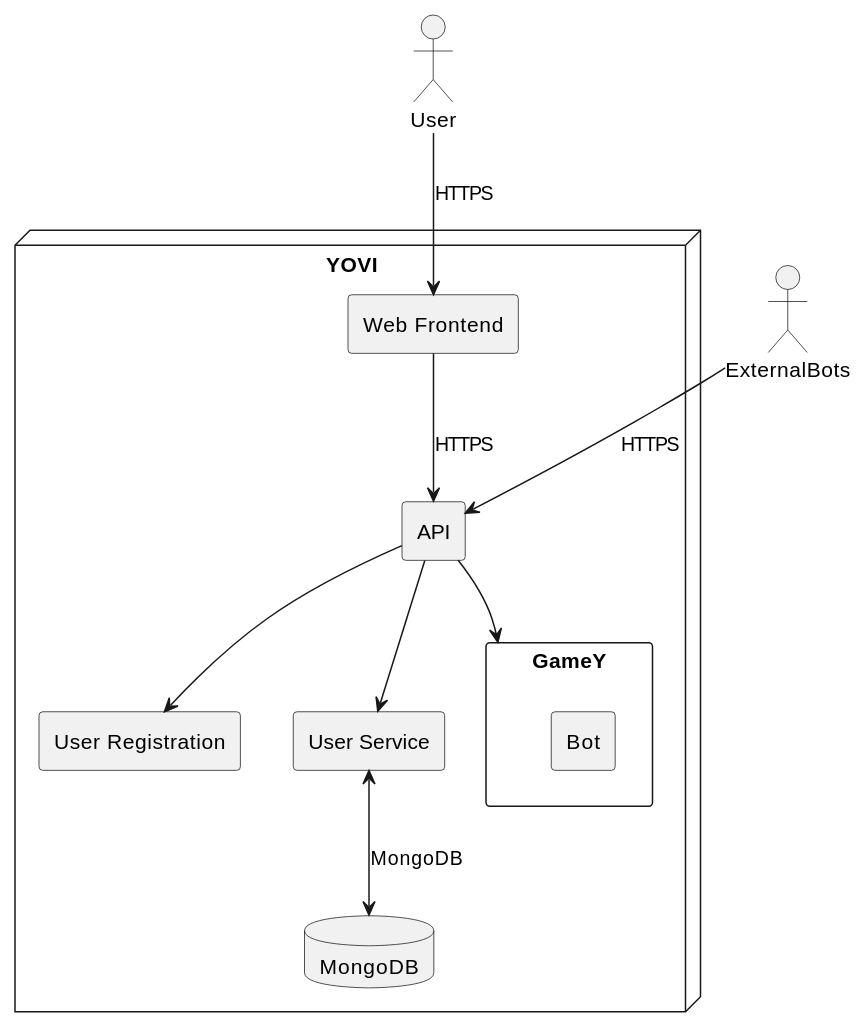
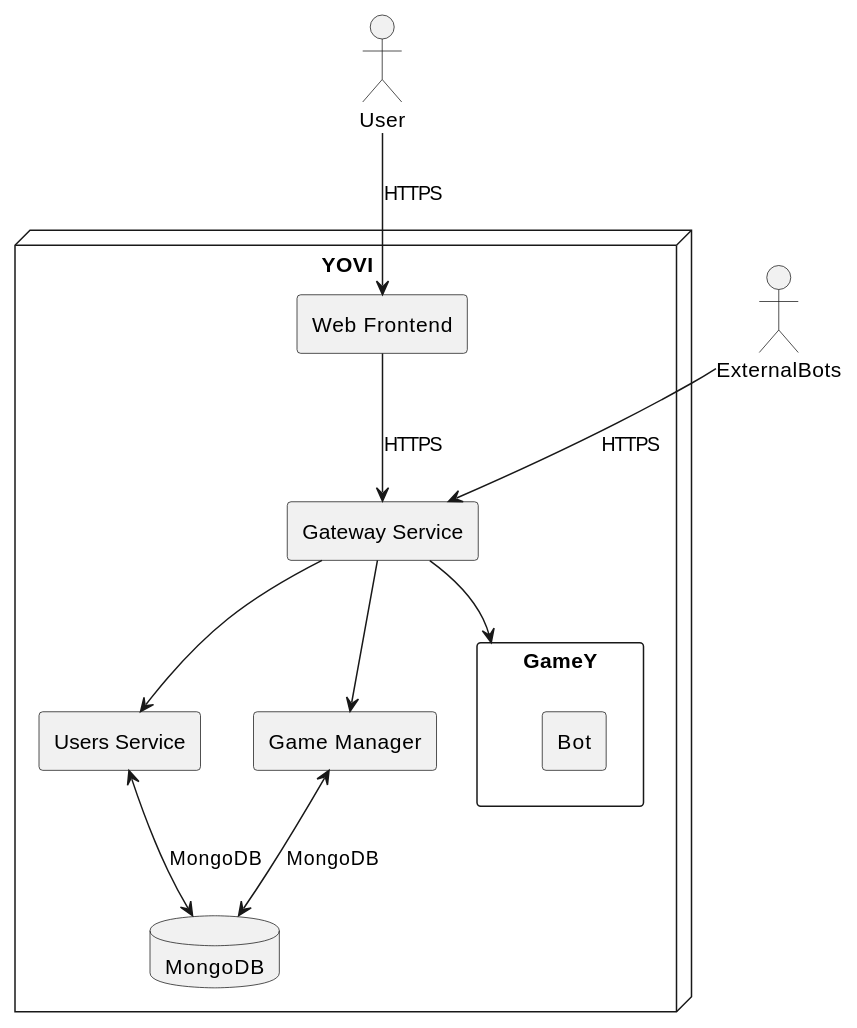
One commit to Arquisoft/yovi_en3a changed the second of 2 diagrams in docs/src/03_context_and_scope.adoc. Above: the diagram before and after it, drawn with PlantUML. The commit also changed other lines of this file and 10 other files, not shown here.

```diff
--- a/docs/src/03_context_and_scope.adoc
+++ b/docs/src/03_context_and_scope.adoc
@@ -92,32 +92,34 @@
 [plantuml, "Technical context",png]
 ----
 actor User
 actor ExternalBots as Bots
 
 node "YOVI" {
 
     rectangle "Web Frontend" as Frontend
     
-    rectangle "API" as API
-    
-    rectangle "User Registration" as Registration
-    rectangle "User Service" as Service
-    
+    rectangle "Gateway Service" as API
+
+    rectangle "Users Service" as Service
+
     rectangle "GameY" as Game {
         rectangle "Bot"
     }
+
+    rectangle "Game Manager" as Manager
 
     database "MongoDB" as DB
 }
 
 User --> Frontend : HTTPS
 Bots --> API : HTTPS
 
 Frontend --> API : HTTPS
 
-API --> Registration
 API --> Service
+API --> Manager
 API --> Game
 
 Service <--> DB : MongoDB
+Manager <--> DB : MongoDB
 ----
```
